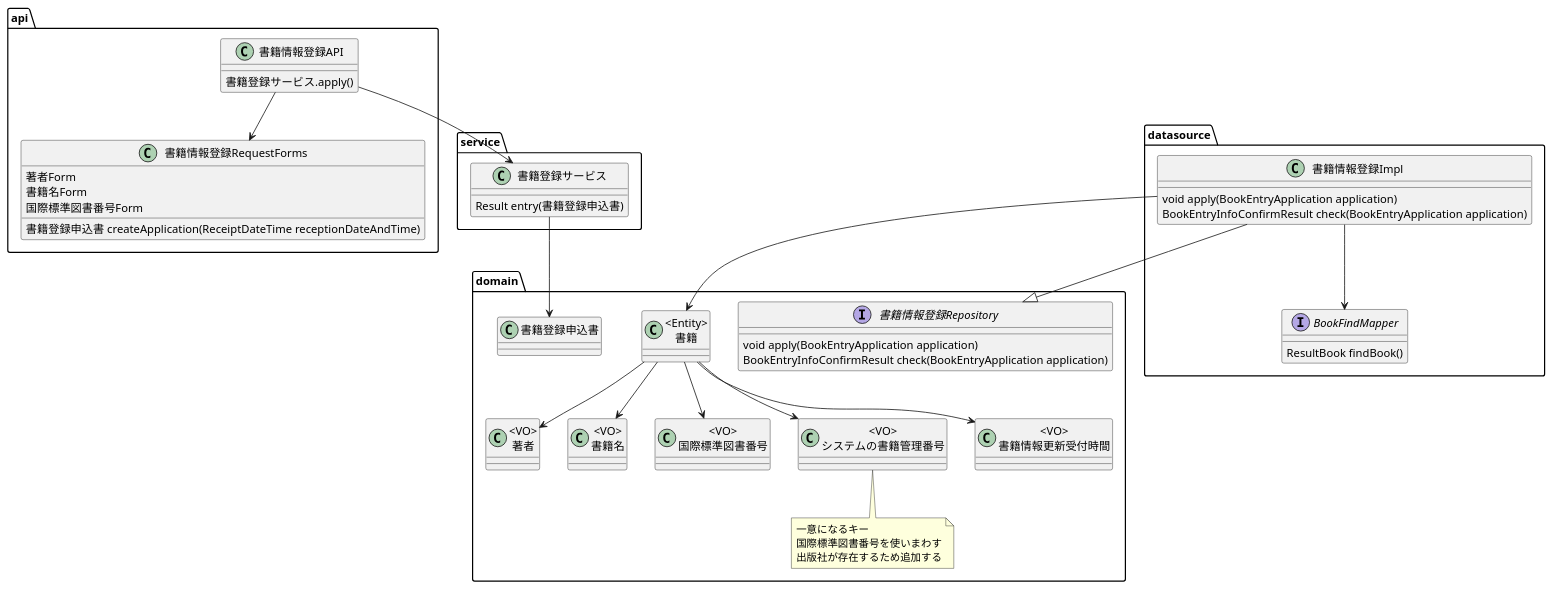
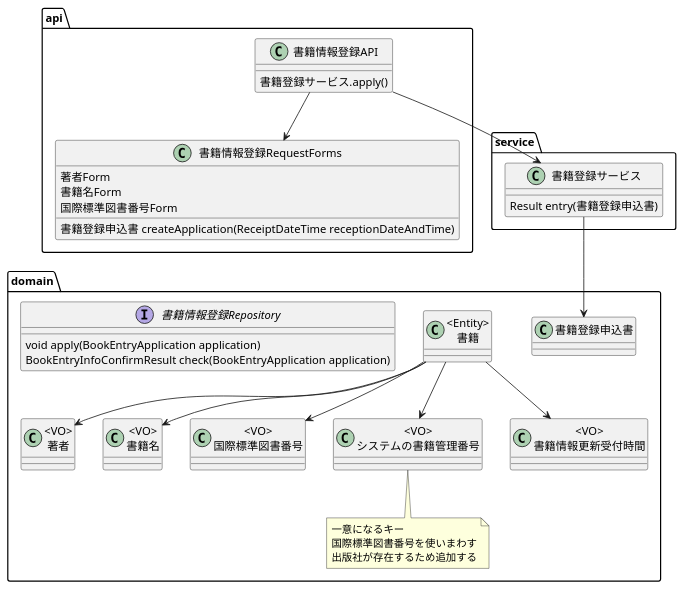
The diagram in document/model.puml (ichinohe-r/book-management-system), drawn with PlantUML before and after one commit. The commit also changed 20 other files, not shown here.

```diff
--- a/document/model.puml
+++ b/document/model.puml
@@ -1,87 +1,72 @@
 @startuml
 
 package api{
     class 書籍情報登録API{
         書籍登録サービス.apply()
     }
 
     class 書籍情報登録RequestForms{
         著者Form
         書籍名Form
         国際標準図書番号Form
 
         書籍登録申込書 createApplication(ReceiptDateTime receptionDateAndTime)
     }
 }
 
 package service{
     class 書籍登録サービス{
         Result entry(書籍登録申込書)
     }
 }
 
 
 package domain{
 
     class 書籍登録申込書{
     }
 
 
     class "<Entity>\n書籍" as 書籍{
     }
 
     class "<VO>\n著者" as 著者{
     }
 
     class "<VO>\n書籍名" as 書籍名{
     }
 
     class "<VO>\n国際標準図書番号" as 国際標準図書番号{
     }
 
     class "<VO>\nシステムの書籍管理番号" as システムの書籍管理番号{
     }
     note bottom
     一意になるキー
     国際標準図書番号を使いまわす
     出版社が存在するため追加する
     end note
 
     class "<VO>\n書籍情報更新受付時間" as 書籍情報更新受付時間{
     }
 
     interface 書籍情報登録Repository{
         void apply(BookEntryApplication application)
         BookEntryInfoConfirmResult check(BookEntryApplication application)
     }
 }
 
 
-package datasource{
-
-    class 書籍情報登録Impl{
-        void apply(BookEntryApplication application)
-        BookEntryInfoConfirmResult check(BookEntryApplication application)
-    }
-
-    interface BookFindMapper{
-        ResultBook findBook()
-    }
-}
-
 
 書籍 --> 著者
 書籍 --> 書籍名
 書籍 --> 国際標準図書番号
 書籍 --> システムの書籍管理番号
 書籍 --> 書籍情報更新受付時間
 
 書籍情報登録API --> 書籍登録サービス
 書籍登録サービス --> 書籍登録申込書
 
 書籍情報登録API --> 書籍情報登録RequestForms
-書籍情報登録Impl --|> 書籍情報登録Repository
 
-書籍情報登録Impl --> BookFindMapper
-書籍情報登録Impl --> 書籍
 @enduml
```
